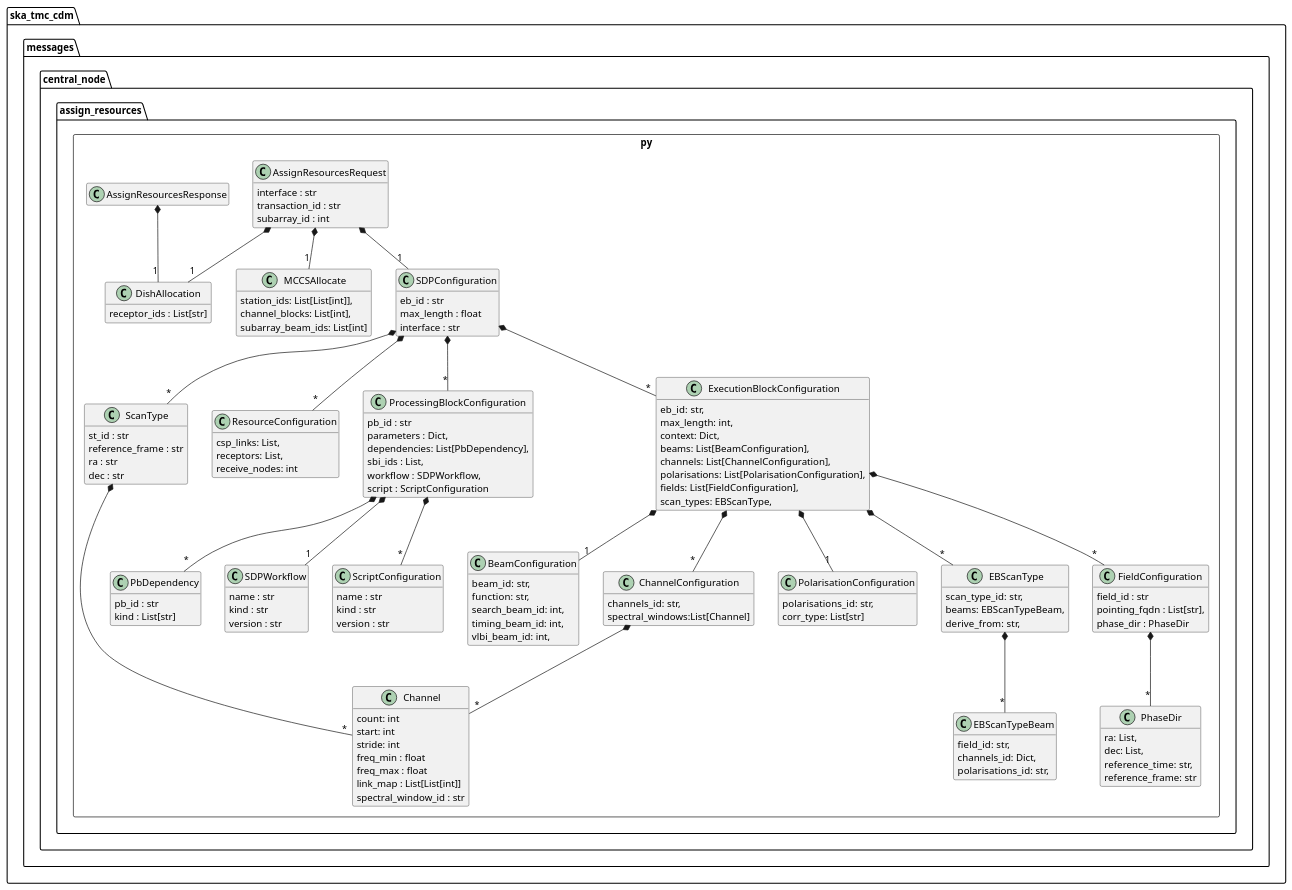
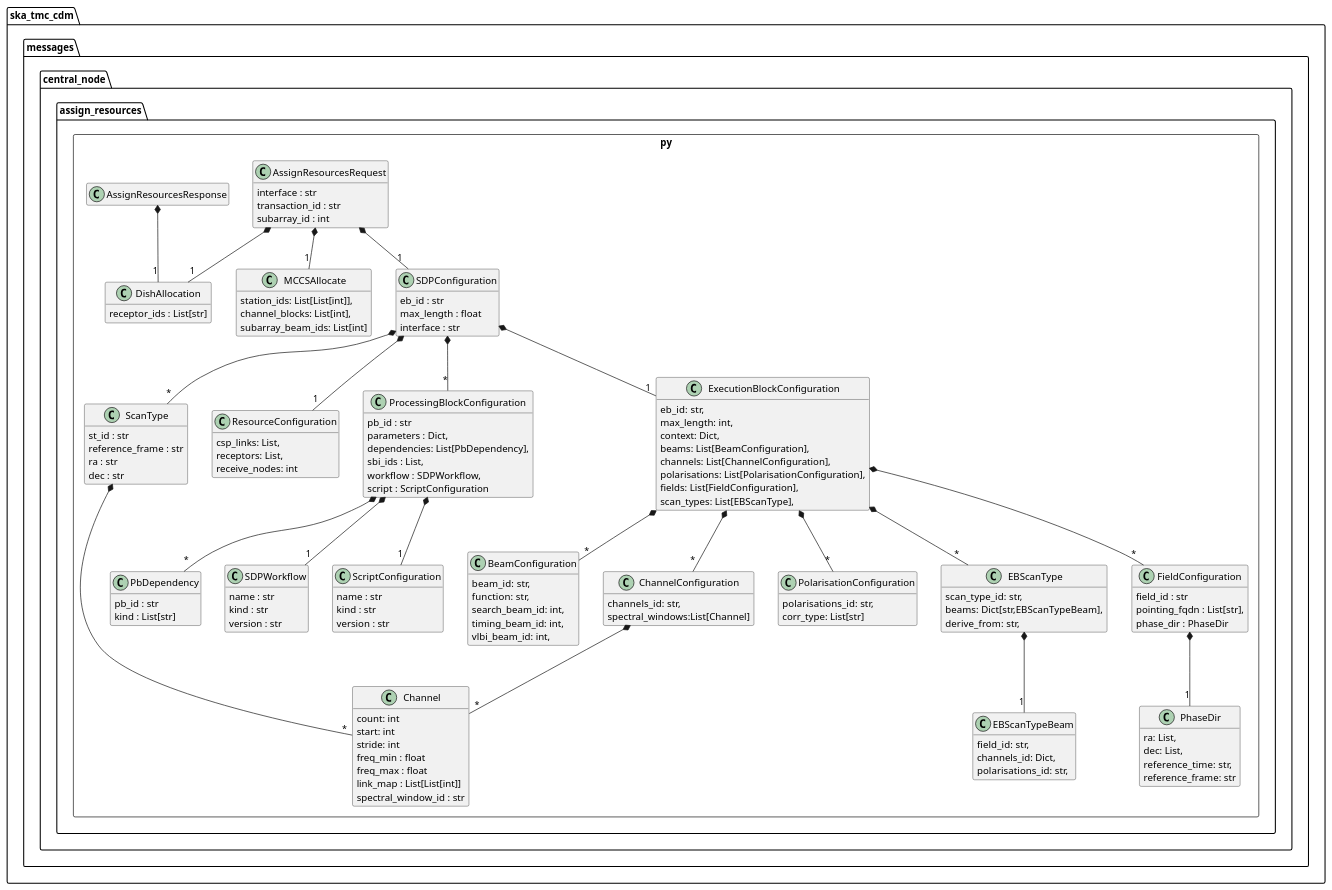
The diagram in docs/src/developer/centralnode/assignresources.puml (ska-telescope/cdm-shared-library), drawn with PlantUML before and after one commit. The commit also changed 1 other file, not shown here.

Commit message:
NAK-111 update the diagram with correct relationship

```diff
--- a/docs/src/developer/centralnode/assignresources.puml
+++ b/docs/src/developer/centralnode/assignresources.puml
@@ -1,154 +1,154 @@
 @startuml
 hide empty members
 
 package ska_tmc_cdm.messages.central_node {
     package assign_resources.py <<Rectangle>> {
         class DishAllocation {
             receptor_ids : List[str]
         }
 
         class MCCSAllocate {
             station_ids: List[List[int]],
             channel_blocks: List[int],
             subarray_beam_ids: List[int]
         }
 
         class Channel {
             count: int
             start: int
             stride: int
             freq_min : float
             freq_max : float
             link_map : List[List[int]]
             spectral_window_id : str
         }
 
         class ScanType {
             st_id : str
             reference_frame : str
             ra : str
             dec : str
         }
         ScanType *-- "*" Channel
 
         class PbDependency {
             pb_id : str
             kind : List[str]
         }
          class ResourceConfiguration {
             csp_links: List, 
             receptors: List,
             receive_nodes: int
         }
 
         class PhaseDir {
             ra: List,
             dec: List, 
             reference_time: str, 
             reference_frame: str
         }
         class BeamConfiguration {
             beam_id: str,
             function: str,
             search_beam_id: int,
             timing_beam_id: int,
             vlbi_beam_id: int,
         }
         class ChannelConfiguration {
             channels_id: str,
             spectral_windows:List[Channel] 
         }
         ChannelConfiguration  *-- "*" Channel
 
         class PolarisationConfiguration {
             polarisations_id: str,
             corr_type: List[str]  
         }
         class EBScanTypeBeam {
             field_id: str,
             channels_id: Dict, 
             polarisations_id: str, 
         }
         class EBScanType {
             scan_type_id: str,
-            beams: EBScanTypeBeam,
+            beams: Dict[str,EBScanTypeBeam],
             derive_from: str, 
         }
-        EBScanType  *-- "*" EBScanTypeBeam
+        EBScanType  *-- "1" EBScanTypeBeam
 
         class FieldConfiguration {
             field_id : str
             pointing_fqdn : List[str],
             phase_dir : PhaseDir
         }
 
-        FieldConfiguration  *-- "*" PhaseDir
+        FieldConfiguration  *-- "1" PhaseDir
 
         class SDPWorkflow {
             name : str
             kind : str
             version : str
         }
         
         class ScriptConfiguration {
             name : str
             kind : str
             version : str
         }
 
         class ProcessingBlockConfiguration {
             pb_id : str
             parameters : Dict,
             dependencies: List[PbDependency],
             sbi_ids : List,
             workflow : SDPWorkflow,
             script : ScriptConfiguration
         }
         ProcessingBlockConfiguration  *-- "1" SDPWorkflow
         ProcessingBlockConfiguration  *-- "*" PbDependency
-        ProcessingBlockConfiguration  *-- "*" ScriptConfiguration
+        ProcessingBlockConfiguration  *-- "1" ScriptConfiguration
 
         class ExecutionBlockConfiguration {
             eb_id: str,
             max_length: int,
             context: Dict,
             beams: List[BeamConfiguration],
             channels: List[ChannelConfiguration],
             polarisations: List[PolarisationConfiguration],
             fields: List[FieldConfiguration],
-            scan_types: EBScanType,
+            scan_types: List[EBScanType],
         }
 
-        ExecutionBlockConfiguration  *-- "1" BeamConfiguration
+        ExecutionBlockConfiguration  *-- "*" BeamConfiguration
         ExecutionBlockConfiguration  *-- "*" ChannelConfiguration
-        ExecutionBlockConfiguration  *-- "1" PolarisationConfiguration
+        ExecutionBlockConfiguration  *-- "*" PolarisationConfiguration
         ExecutionBlockConfiguration  *-- "*" FieldConfiguration
         ExecutionBlockConfiguration  *-- "*" EBScanType
 
 
         class SDPConfiguration {
             eb_id : str
             max_length : float
             interface : str
         }
         SDPConfiguration *-- "*" ScanType
         SDPConfiguration *-- "*" ProcessingBlockConfiguration
-        SDPConfiguration *-- "*" ExecutionBlockConfiguration
-        SDPConfiguration *-- "*" ResourceConfiguration
+        SDPConfiguration *-- "1" ExecutionBlockConfiguration
+        SDPConfiguration *-- "1" ResourceConfiguration
 
         class AssignResourcesRequest {
             interface : str
             transaction_id : str
             subarray_id : int
         }
 
         AssignResourcesRequest *-- "1" DishAllocation
         AssignResourcesRequest *-- "1" MCCSAllocate
         AssignResourcesRequest *-- "1" SDPConfiguration
 
         class AssignResourcesResponse
         AssignResourcesResponse *-- "1" DishAllocation
 	}
 }
 
 @enduml
```
